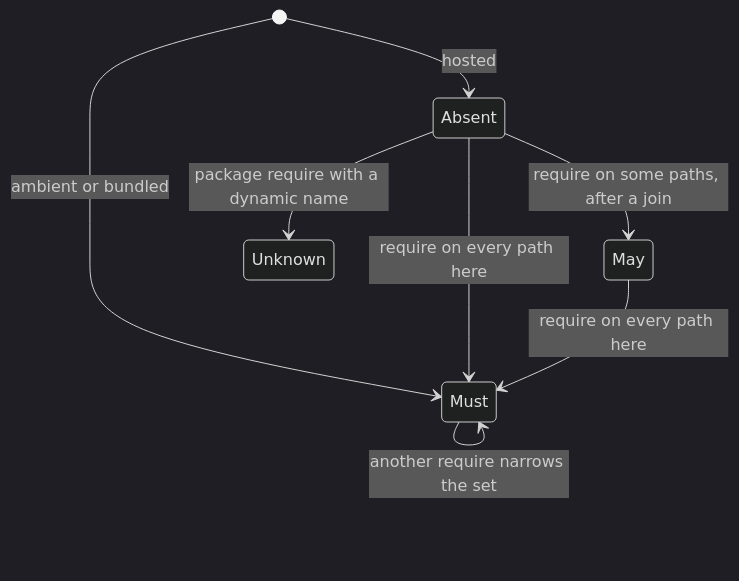
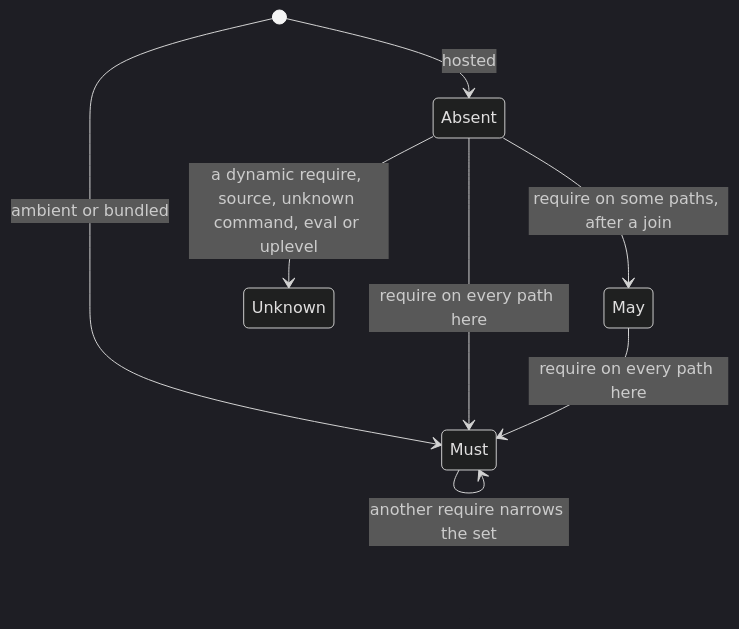
Before and after one commit to bitwisecook/tcl-lsp: the second of 3 diagrams in docs/design/registry/model/308-positioned-context.md, drawn with Mermaid (dark theme). The commit also changed other lines of this file and 17 other files, not shown here.

````diff
--- a/docs/design/registry/model/308-positioned-context.md
+++ b/docs/design/registry/model/308-positioned-context.md
@@ -120,10 +129,10 @@
 ```mermaid
 stateDiagram-v2
   [*] --> Absent: hosted
   [*] --> Must: ambient or bundled
   Absent --> Must: require on every path here
   Absent --> May: require on some paths, after a join
   May --> Must: require on every path here
-  Absent --> Unknown: package require with a dynamic name
+  Absent --> Unknown: a dynamic require, source, unknown command, eval or uplevel
   Must --> Must: another require narrows the set
 ```
````
